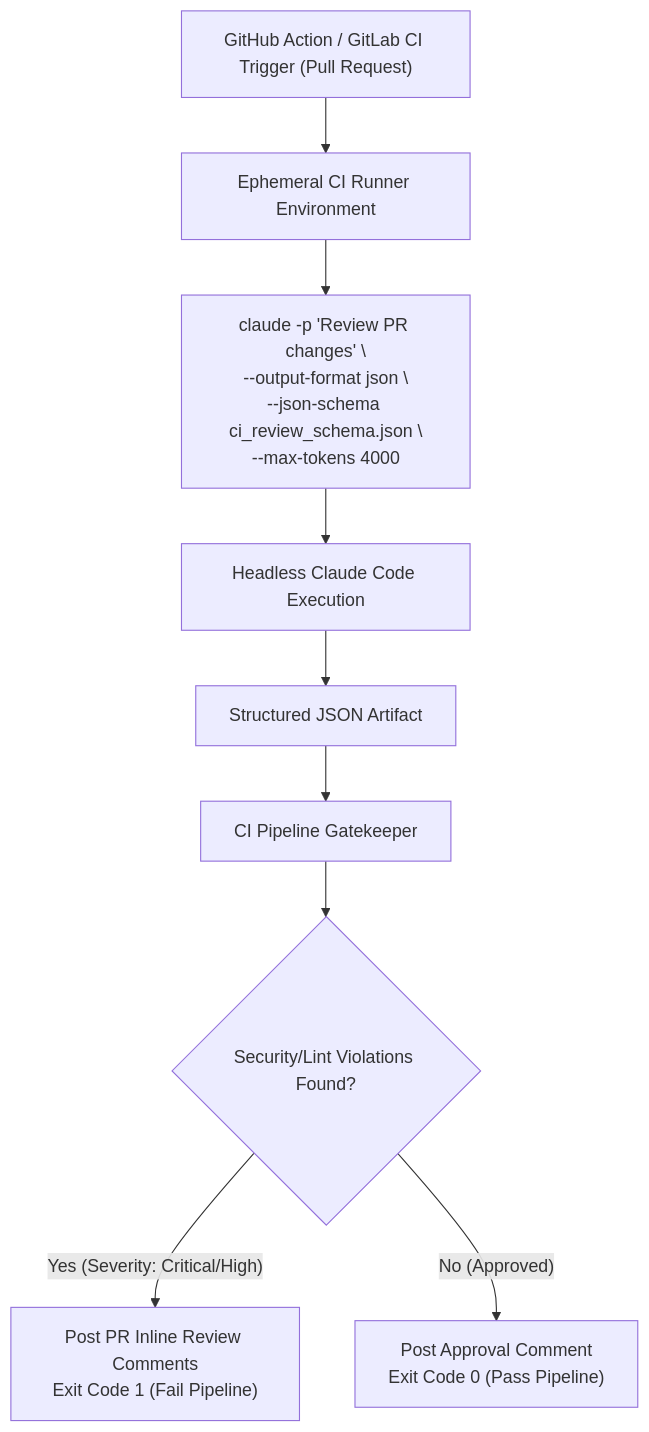
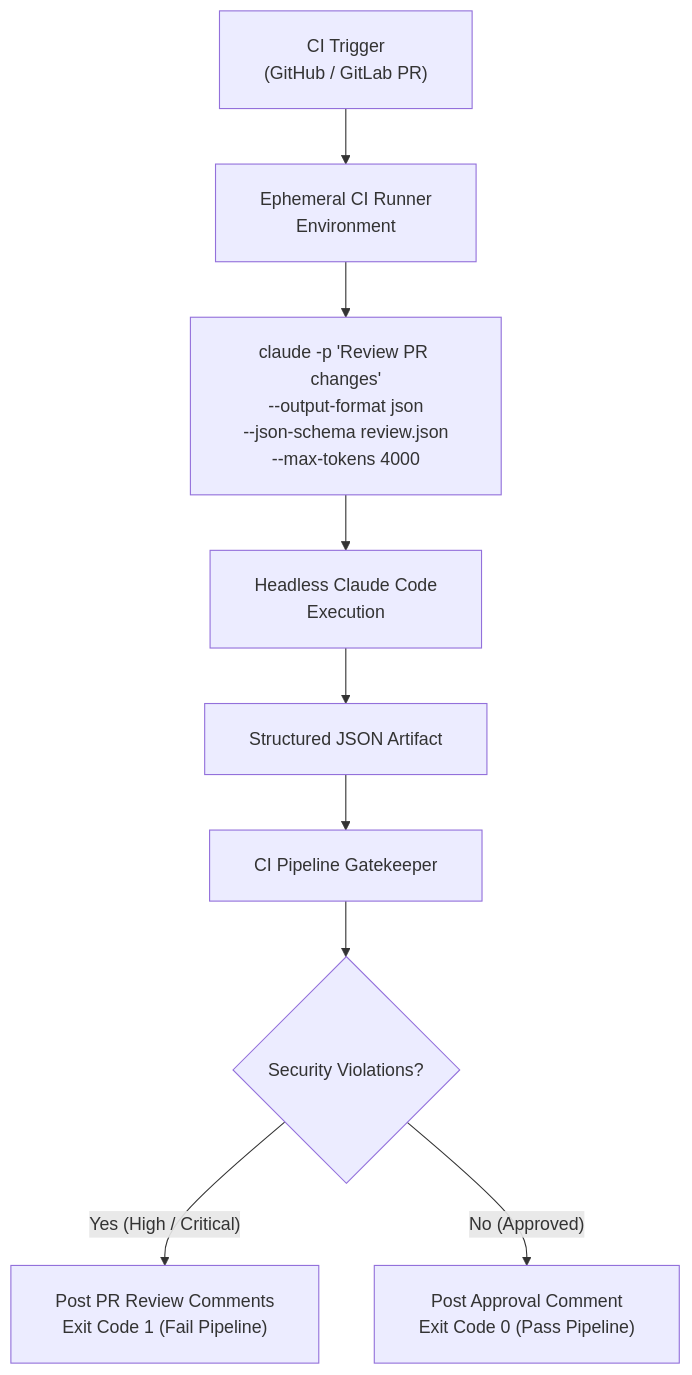
One commit to dip4k/claude_cert_architect_foundation_prep changed the diagram in domain3/ts_3_6_cicd_pipeline_automation/README.md. Above: the diagram before and after it, drawn with Mermaid. The commit also changed 31 other files, not shown here.

First line of the commit message:
docs(diagrams): fix text trimming, padding, and layout in all mermaid diagrams

````diff
--- a/domain3/ts_3_6_cicd_pipeline_automation/README.md
+++ b/domain3/ts_3_6_cicd_pipeline_automation/README.md
@@ -10,15 +10,16 @@
 ```mermaid
+%%{init: {"flowchart": {"htmlLabels": true, "padding": 20}}}%%
 flowchart TD
-    Trigger["GitHub Action / GitLab CI Trigger (Pull Request)"] --> Runner["Ephemeral CI Runner Environment"]
+    Trigger["CI Trigger<br/>(GitHub / GitLab PR)"] --> Runner["Ephemeral CI Runner<br/>Environment"]
     
-    Runner --> Command["claude -p 'Review PR changes' \<br/>--output-format json \<br/>--json-schema ci_review_schema.json \<br/>--max-tokens 4000"]
+    Runner --> Command["claude -p 'Review PR changes'<br/>--output-format json<br/>--json-schema review.json<br/>--max-tokens 4000"]
     
-    Command --> Exec["Headless Claude Code Execution"]
+    Command --> Exec["Headless Claude Code<br/>Execution"]
     Exec --> JSONOutput["Structured JSON Artifact"]
     
     JSONOutput --> Parser["CI Pipeline Gatekeeper"]
-    Parser --> Eval{"Security/Lint Violations Found?"}
+    Parser --> Eval{"Security Violations?"}
     
-    Eval -- "Yes (Severity: Critical/High)" --> PRBlock["Post PR Inline Review Comments<br/>Exit Code 1 (Fail Pipeline)"]
+    Eval -- "Yes (High / Critical)" --> PRBlock["Post PR Review Comments<br/>Exit Code 1 (Fail Pipeline)"]
     Eval -- "No (Approved)" --> PRPass["Post Approval Comment<br/>Exit Code 0 (Pass Pipeline)"]
 ```
````
